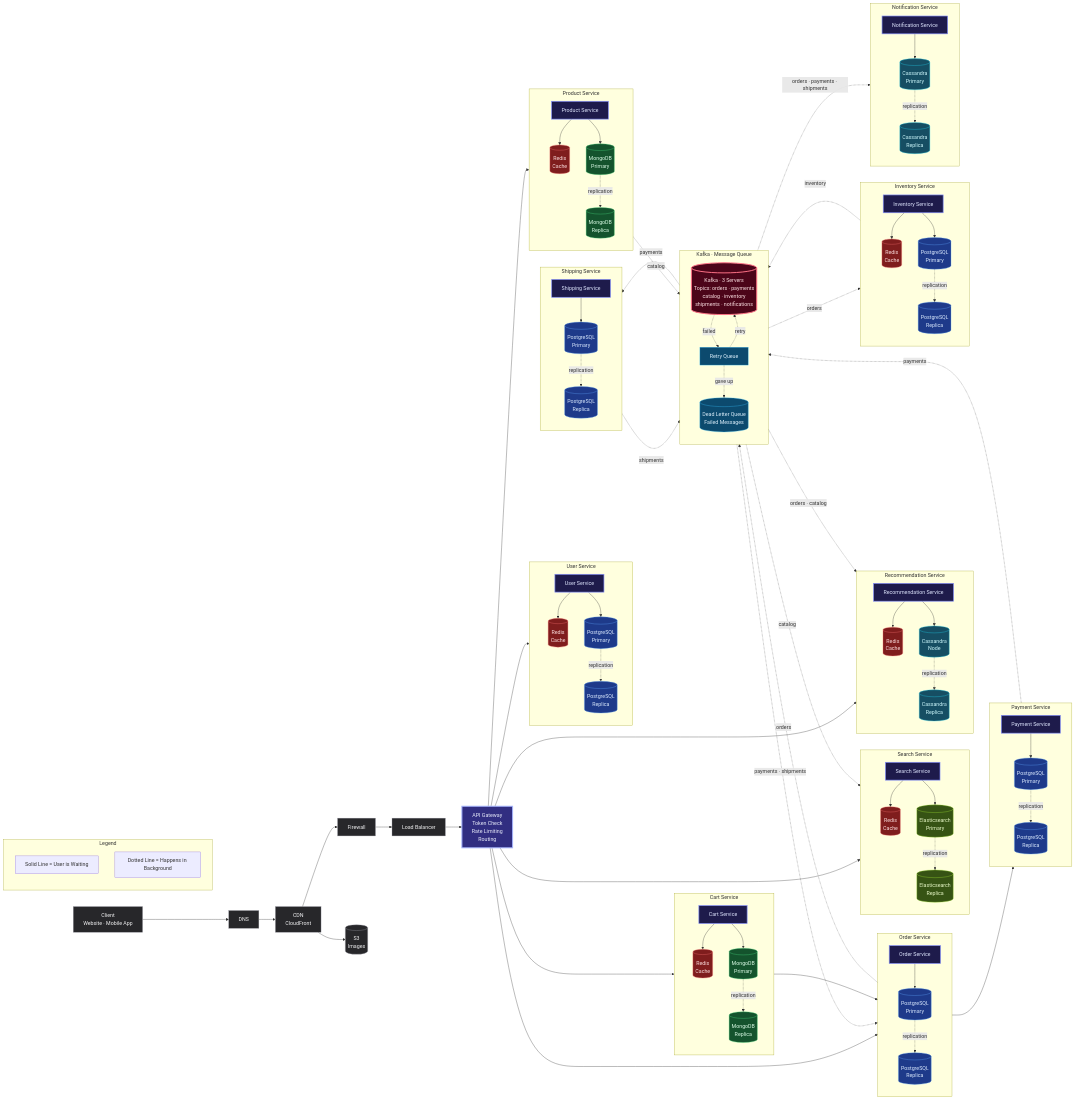
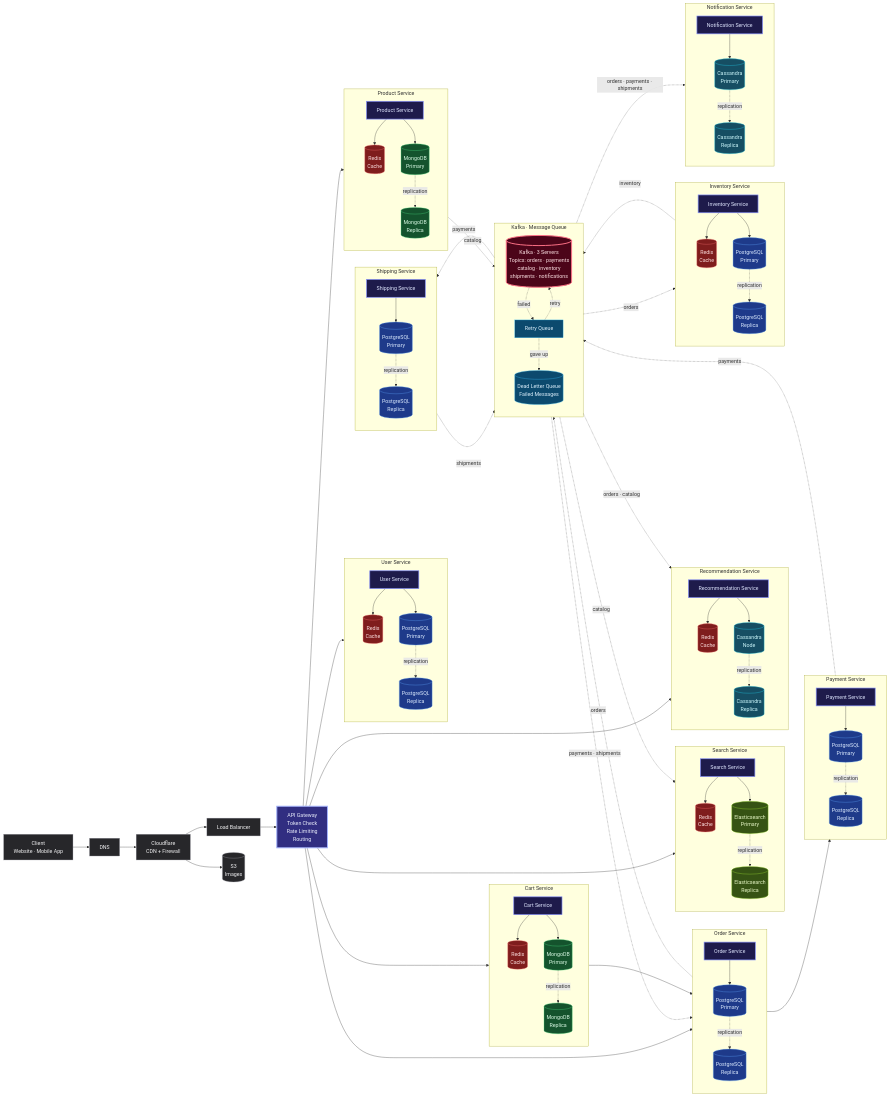
One commit to Sujalkathait/HLD-design changed the diagram in README.md. Above: the diagram before and after it, drawn with Mermaid. The commit also changed other lines of this file and 1 other file, not shown here.

Commit message:
Remove legend, use Cloudflare, add requirements and capacity for 1M users

````diff
--- a/README.md
+++ b/README.md
@@ -19,15 +83,8 @@
 ```mermaid
 flowchart LR
 
-    %% ===================== LEGEND =====================
-    subgraph LEGEND["Legend"]
-        direction TB
-        L1["Solid Line = User is Waiting"]
-        L2["Dotted Line = Happens in Background"]
-    end
-
     %% ===================== CLIENT TO GATEWAY =====================
-    CLIENT["Client<br/>Website · Mobile App"] --> DNS["DNS"] --> CDN["CDN<br/>CloudFront"] --> WAF["Firewall"] --> LB["Load Balancer"]
+    CLIENT["Client<br/>Website · Mobile App"] --> DNS["DNS"] --> CDN["Cloudflare<br/>CDN + Firewall"] --> LB["Load Balancer"]
     CDN --> S3[("S3<br/>Images")]
 
     GW["API Gateway<br/>Token Check<br/>Rate Limiting<br/>Routing"]
````
